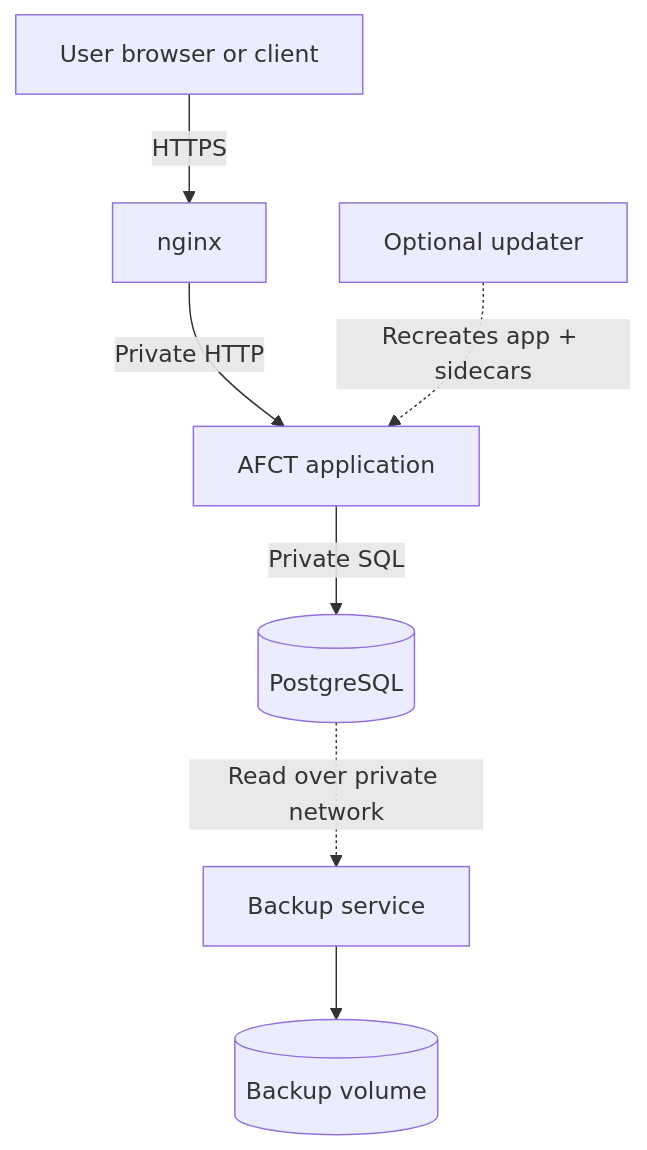
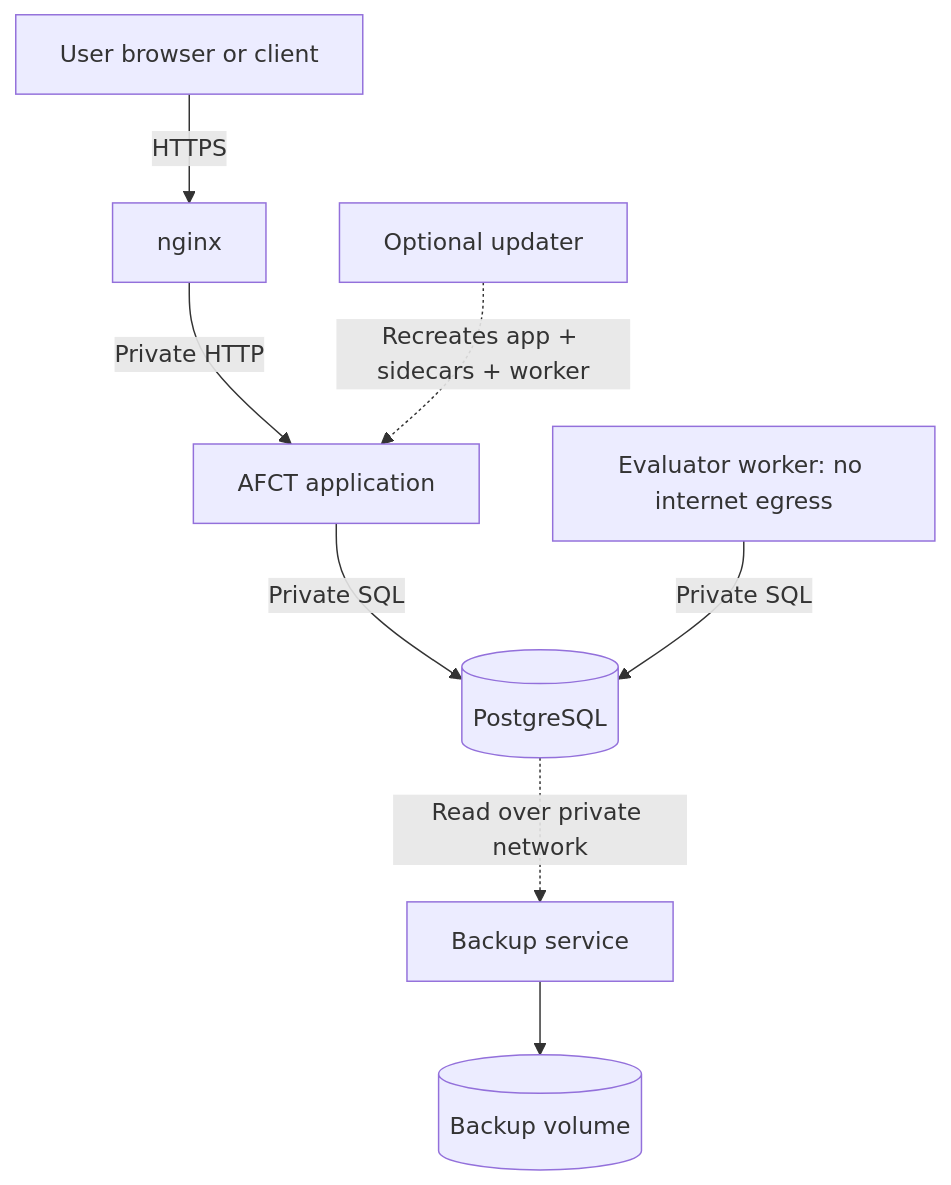
Before and after one commit to PennStateCS/AFCT: the second of 8 diagrams in docs-site/docs/reference/system-architecture.md, drawn with Mermaid. The commit also changed other lines of this file and 8 other files, not shown here.

First line of the commit message:
feat(security): isolate the submission evaluator in a network-jailed worker container

````diff
--- a/docs-site/docs/reference/system-architecture.md
+++ b/docs-site/docs/reference/system-architecture.md
@@ -58,9 +61,10 @@
 ```mermaid
 graph TD
     User[User browser or client] -->|HTTPS| Nginx[nginx]
     Nginx -->|Private HTTP| App[AFCT application]
     App -->|Private SQL| DB[(PostgreSQL)]
+    Worker[Evaluator worker: no internet egress] -->|Private SQL| DB
     DB -.->|Read over private network| Backup[Backup service]
     Backup --> Archives[(Backup volume)]
-    Updater[Optional updater] -.->|Recreates app + sidecars| App
+    Updater[Optional updater] -.->|Recreates app + sidecars + worker| App
 ```
````
